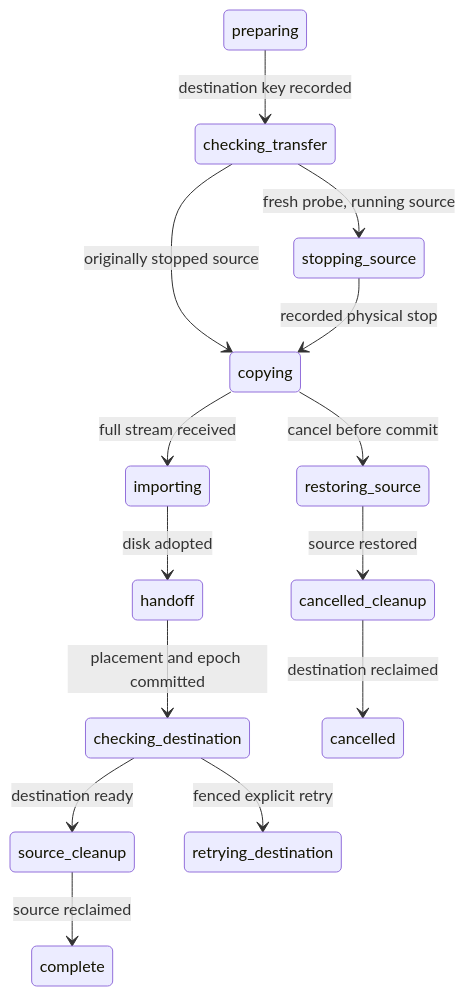
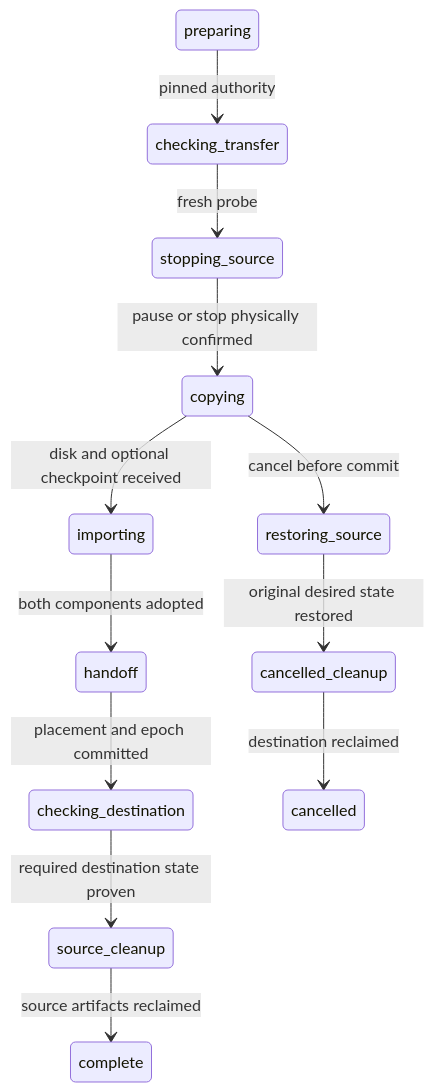
The third of 3 diagrams in marshall/priv/hldd/06-workflows.md (dlkeith-p-forks/overalls), drawn with Mermaid before and after one commit. The commit also changed other lines of this file and 261 other files, not shown here.

````diff
--- a/marshall/priv/hldd/06-workflows.md
+++ b/marshall/priv/hldd/06-workflows.md
@@ -404,16 +401,14 @@
 ```mermaid
 stateDiagram-v2
-  preparing --> checking_transfer: destination key recorded
-  checking_transfer --> stopping_source: fresh probe, running source
-  checking_transfer --> copying: originally stopped source
-  stopping_source --> copying: recorded physical stop
-  copying --> importing: full stream received
-  importing --> handoff: disk adopted
+  preparing --> checking_transfer: pinned authority
+  checking_transfer --> stopping_source: fresh probe
+  stopping_source --> copying: pause or stop physically confirmed
+  copying --> importing: disk and optional checkpoint received
+  importing --> handoff: both components adopted
   handoff --> checking_destination: placement and epoch committed
-  checking_destination --> source_cleanup: destination ready
-  source_cleanup --> complete: source reclaimed
-  checking_destination --> retrying_destination: fenced explicit retry
+  checking_destination --> source_cleanup: required destination state proven
+  source_cleanup --> complete: source artifacts reclaimed
   copying --> restoring_source: cancel before commit
-  restoring_source --> cancelled_cleanup: source restored
+  restoring_source --> cancelled_cleanup: original desired state restored
   cancelled_cleanup --> cancelled: destination reclaimed
 ```
````
